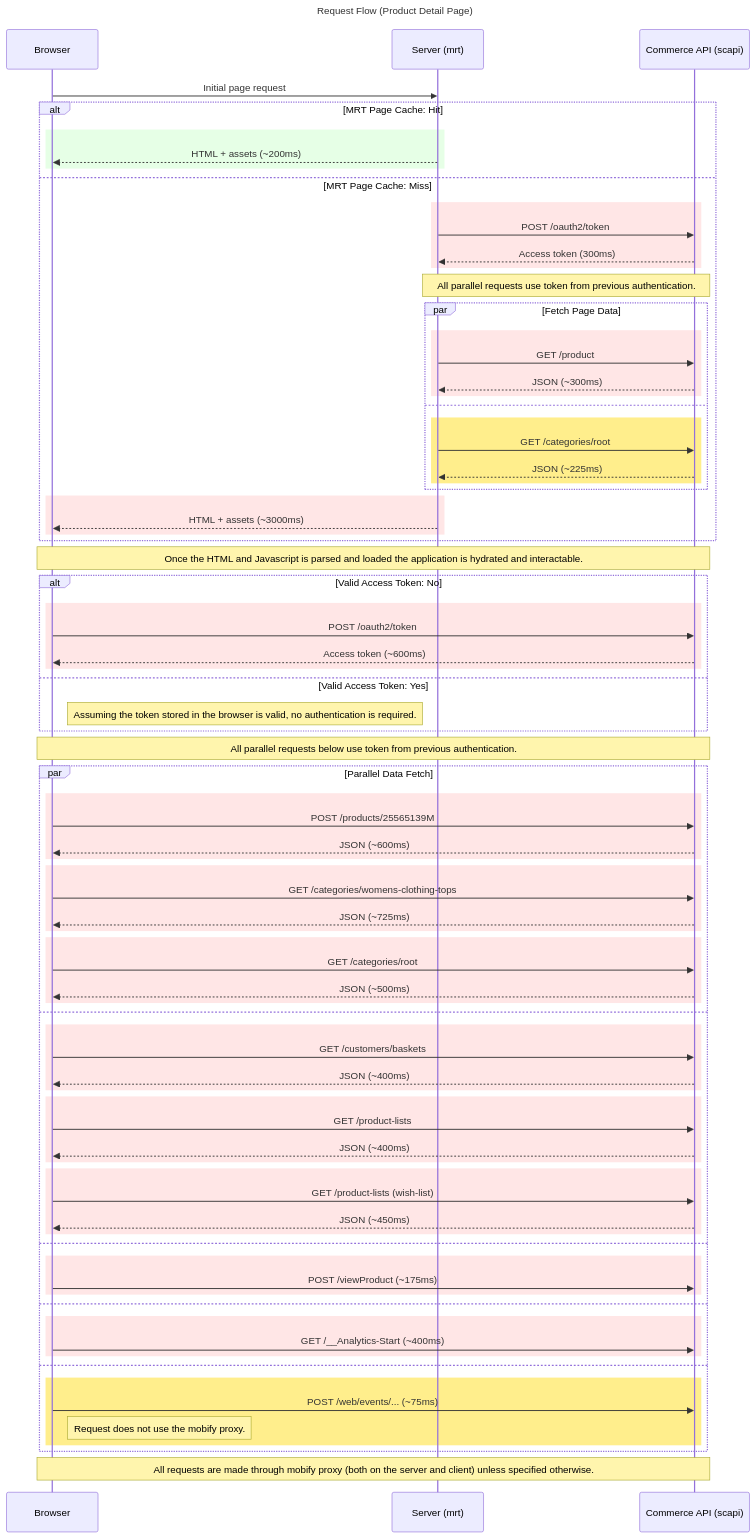
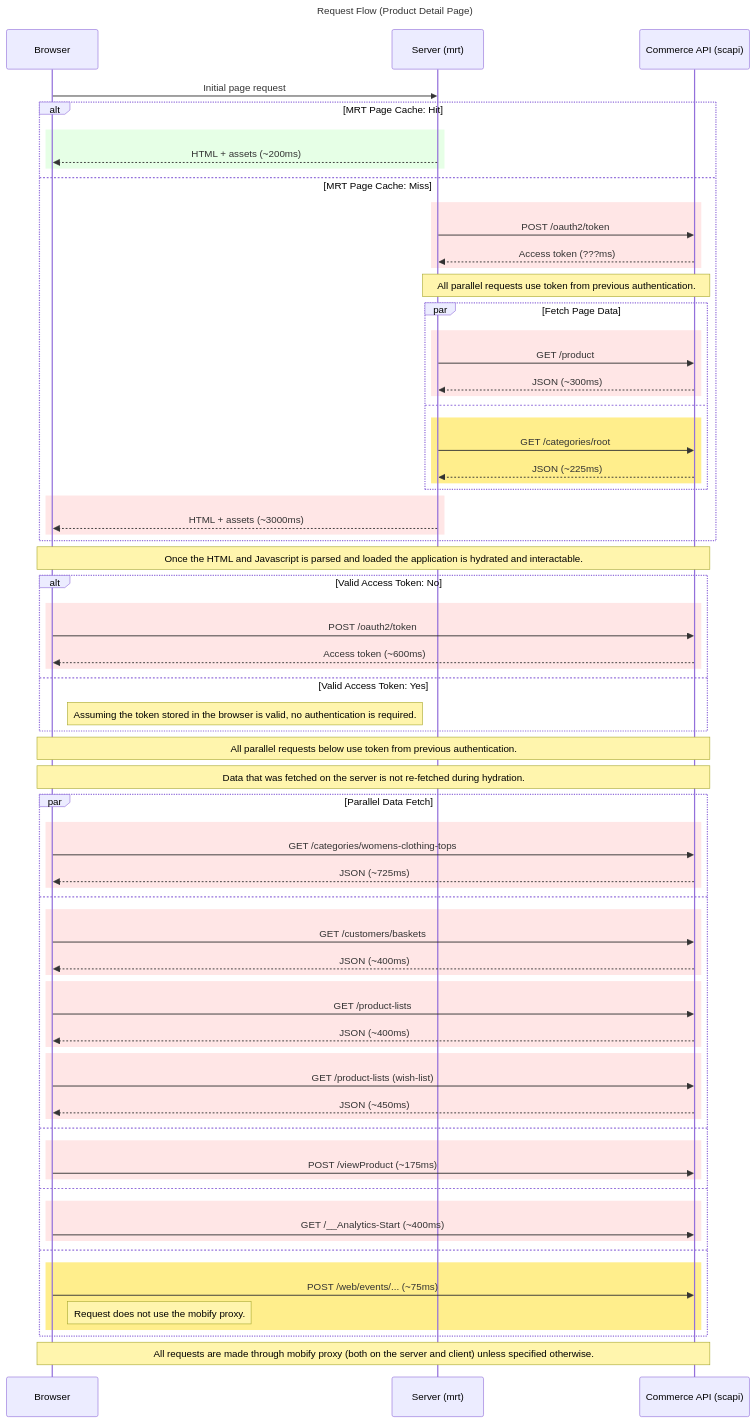
One commit to dannyphan2000/pwa-kit changed the diagram in packages/template-retail-react-app/app/pages/product-detail/README.md. Above: the diagram before and after it, drawn with Mermaid. The commit also changed 2 other files, not shown here.

Commit message:
Update flows to remove erroneous re-fetching for server data.

````diff
--- a/packages/template-retail-react-app/app/pages/product-detail/README.md
+++ b/packages/template-retail-react-app/app/pages/product-detail/README.md
@@ -39,7 +39,7 @@
     else MRT Page Cache: Miss
       rect rgb(255,230,230)
         MRT->>SCAPI: POST /oauth2/token
-        SCAPI-->>MRT: Access token (300ms)
+        SCAPI-->>MRT: Access token (???ms)
       end 
       
       Note over MRT,SCAPI: All parallel requests use token from previous authentication.
@@ -76,22 +76,13 @@
     end 
 
     Note over Browser,SCAPI: All parallel requests below use token from previous authentication.
+    Note over Browser,SCAPI: Data that was fetched on the server is not re-fetched during hydration.
 
     par Parallel Data Fetch
 
       rect rgb(255,230,230)
-        Browser->>SCAPI: POST /products/25565139M
-        SCAPI-->>Browser: JSON (~600ms)
-      end
-
-      rect rgb(255,230,230)
         Browser->>SCAPI: GET /categories/womens-clothing-tops
         SCAPI-->>Browser: JSON (~725ms)
-      end 
-
-      rect rgb(255,230,230)
-        Browser->>SCAPI: GET /categories/root
-        SCAPI-->>Browser: JSON (~500ms)
       end 
 
       and
@@ -129,5 +120,4 @@
     end
 
     Note over Browser,SCAPI: All requests are made through mobify proxy (both on the server and client) unless specified otherwise.
-
 ```
````
